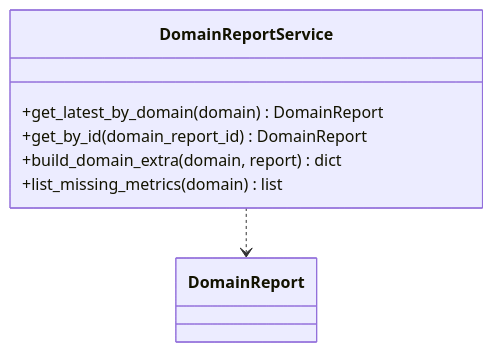
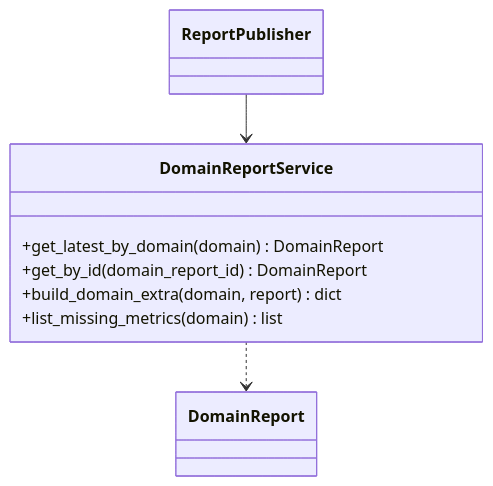
One commit to HoyoungParkme/tableau_platform changed diagram 24 of 29 in docs/specs/06-DOM/TBL-DOM-002.md. Above: the diagram before and after it, drawn with Mermaid. The commit also changed other lines of this file, not shown here.

Commit message:
교차 검증 지적 반영: A 리포트 열람 경로(read_report_document·publish_a_report) 신설, 도메인 상태 신호등을 5단계 판정 산출물로 확정(build_domain_status), 클래스 다이어그램을 MS 시그니처에 맞춤(공개·사설 조정, 반환형·llm 인자), 3장 대괄호 참조 정정, 개정 서술을 현재 상태 서술로 교체

````diff
--- a/docs/specs/06-DOM/TBL-DOM-002.md
+++ b/docs/specs/06-DOM/TBL-DOM-002.md
@@ -906,10 +922,11 @@
 ```mermaid
 classDiagram
   class DomainReportService {
     +get_latest_by_domain(domain) DomainReport
     +get_by_id(domain_report_id) DomainReport
     +build_domain_extra(domain, report) dict
     +list_missing_metrics(domain) list
   }
+  ReportPublisher --> DomainReportService
   DomainReportService ..> DomainReport
 ```
````
